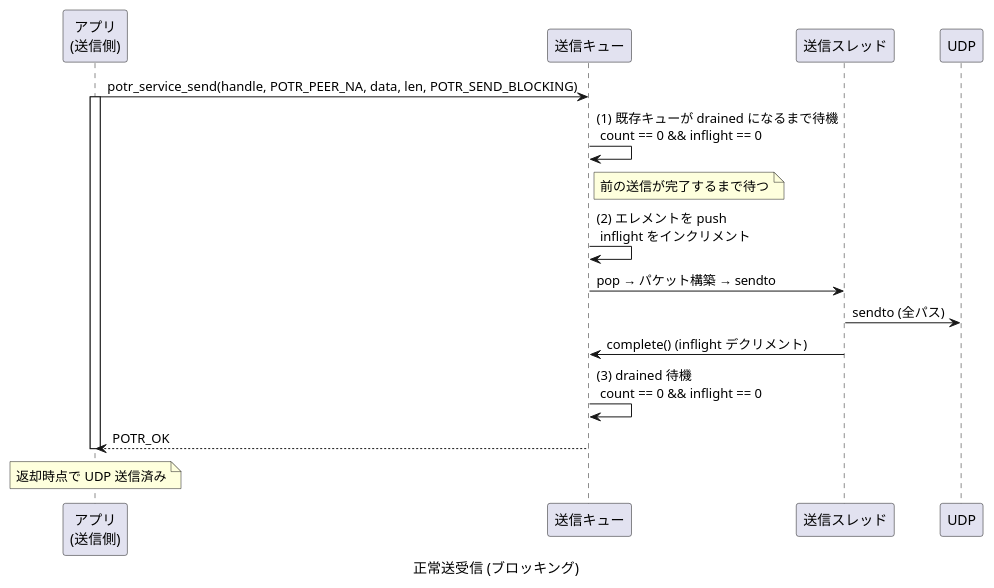
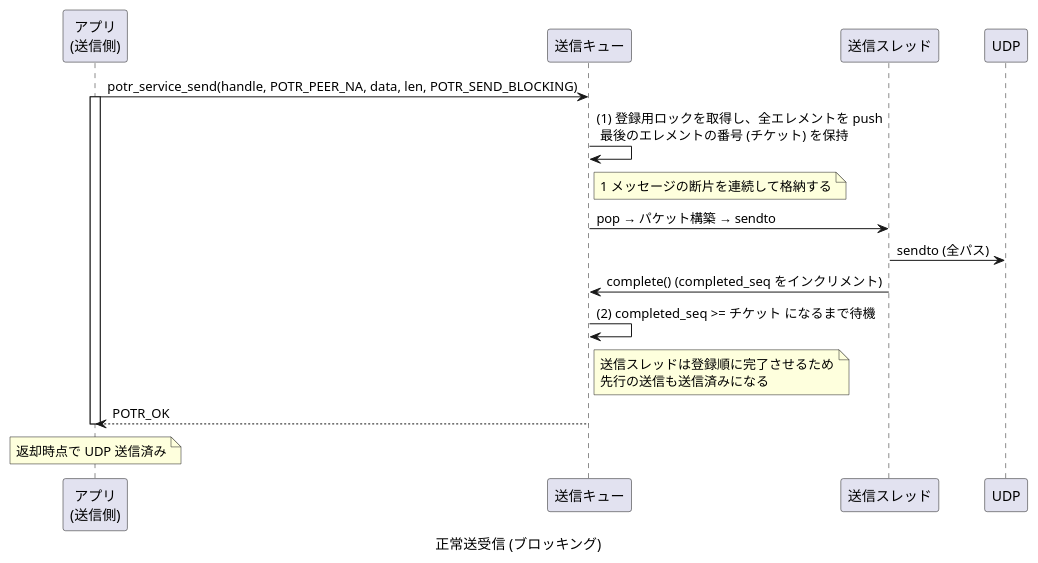
The second of 9 diagrams in docs/sequence-data.md (Hondarer/app_porter), drawn with PlantUML before and after one commit. The commit also changed 35 other files, not shown here.

````diff
--- a/docs/sequence-data.md
+++ b/docs/sequence-data.md
@@ -46,30 +46,29 @@
 ```plantuml
 @startuml 正常送受信 (ブロッキング)
 caption 正常送受信 (ブロッキング)
 
 participant "アプリ\n(送信側)" as SAPP
 participant "送信キュー" as Q
 participant "送信スレッド" as ST
 participant "UDP" as UDP
 
 SAPP -> Q: potr_service_send(handle, POTR_PEER_NA, data, len, POTR_SEND_BLOCKING)
 activate SAPP
 
-Q -> Q: (1) 既存キューが drained になるまで待機\n count == 0 && inflight == 0
-note right of Q: 前の送信が完了するまで待つ
-
-Q -> Q: (2) エレメントを push\n inflight をインクリメント
+Q -> Q: (1) 登録用ロックを取得し、全エレメントを push\n 最後のエレメントの番号 (チケット) を保持
+note right of Q: 1 メッセージの断片を連続して格納する
 
 Q -> ST: pop → パケット構築 → sendto
 ST -> UDP: sendto (全パス)
-ST -> Q: complete() (inflight デクリメント)
+ST -> Q: complete() (completed_seq をインクリメント)
 
-Q -> Q: (3) drained 待機\n count == 0 && inflight == 0
+Q -> Q: (2) completed_seq >= チケット になるまで待機
+note right of Q: 送信スレッドは登録順に完了させるため\n先行の送信も送信済みになる
 
 Q --> SAPP: POTR_OK
 deactivate SAPP
 
 note over SAPP: 返却時点で UDP 送信済み
 
 @enduml
 ```
````
